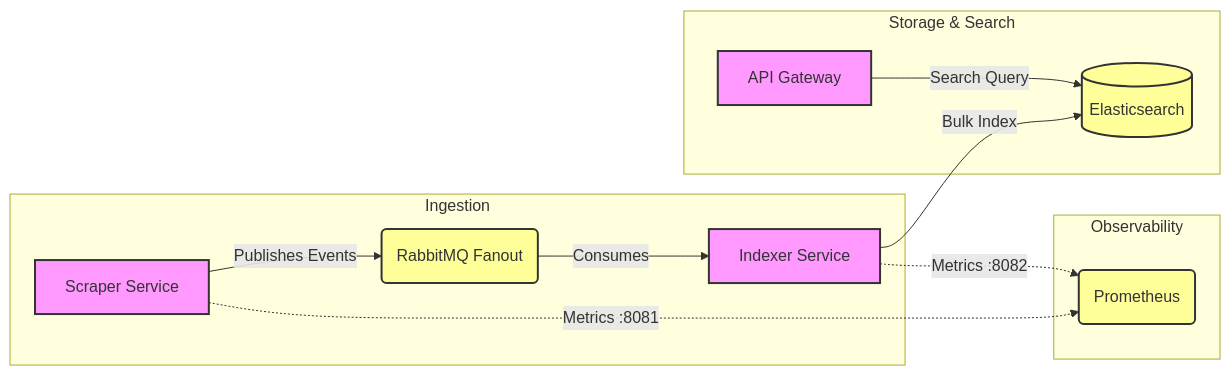
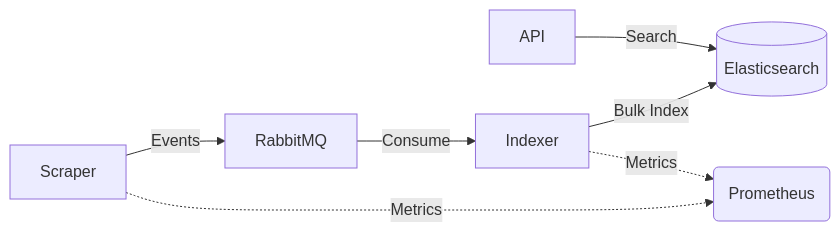
Before and after one commit to Anis-Hammoudi/influScope: the diagram in README.md, drawn with Mermaid.

Commit message:
Update architecture diagram in README.md

````diff
--- a/README.md
+++ b/README.md
@@ -13,22 +13,9 @@
 ```mermaid
 graph LR
-    subgraph Ingestion
-        Scraper[Scraper Service] -->|Publishes Events| RMQ(RabbitMQ Fanout)
-        RMQ -->|Consumes| Indexer[Indexer Service]
-    end
-
-    subgraph Storage & Search
-        Indexer -->|Bulk Index| ES[(Elasticsearch)]
-        API[API Gateway] -->|Search Query| ES
-    end
-
-    subgraph Observability
-        Scraper -.->|Metrics :8081| Prom(Prometheus)
-        Indexer -.->|Metrics :8082| Prom
-    end
-
-    classDef service fill:#f9f,stroke:#333,stroke-width:2px;
-    classDef storage fill:#ff9,stroke:#333,stroke-width:2px;
-    class Scraper,Indexer,API service;
-    class RMQ,ES,Prom storage;
+    Scraper -->|Events| RabbitMQ
+    RabbitMQ -->|Consume| Indexer
+    Indexer -->|Bulk Index| ES[(Elasticsearch)]
+    API -->|Search| ES
+    Scraper -.->|Metrics| Prom(Prometheus)
+    Indexer -.->|Metrics| Prom
 ```
````
